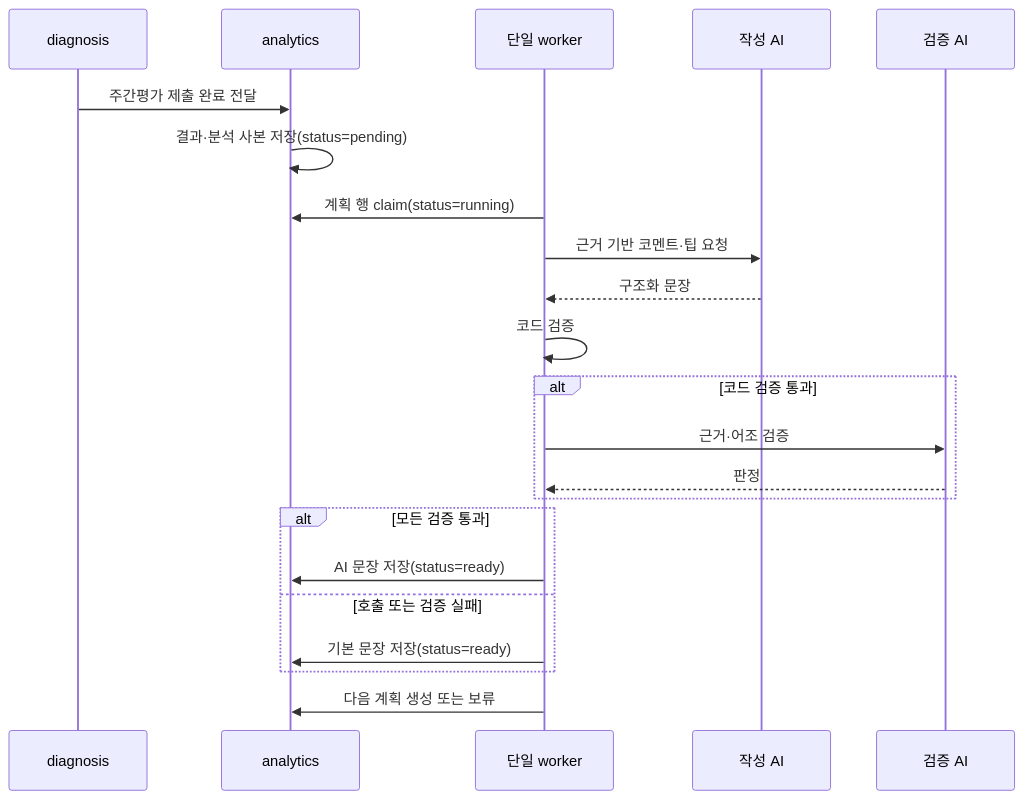
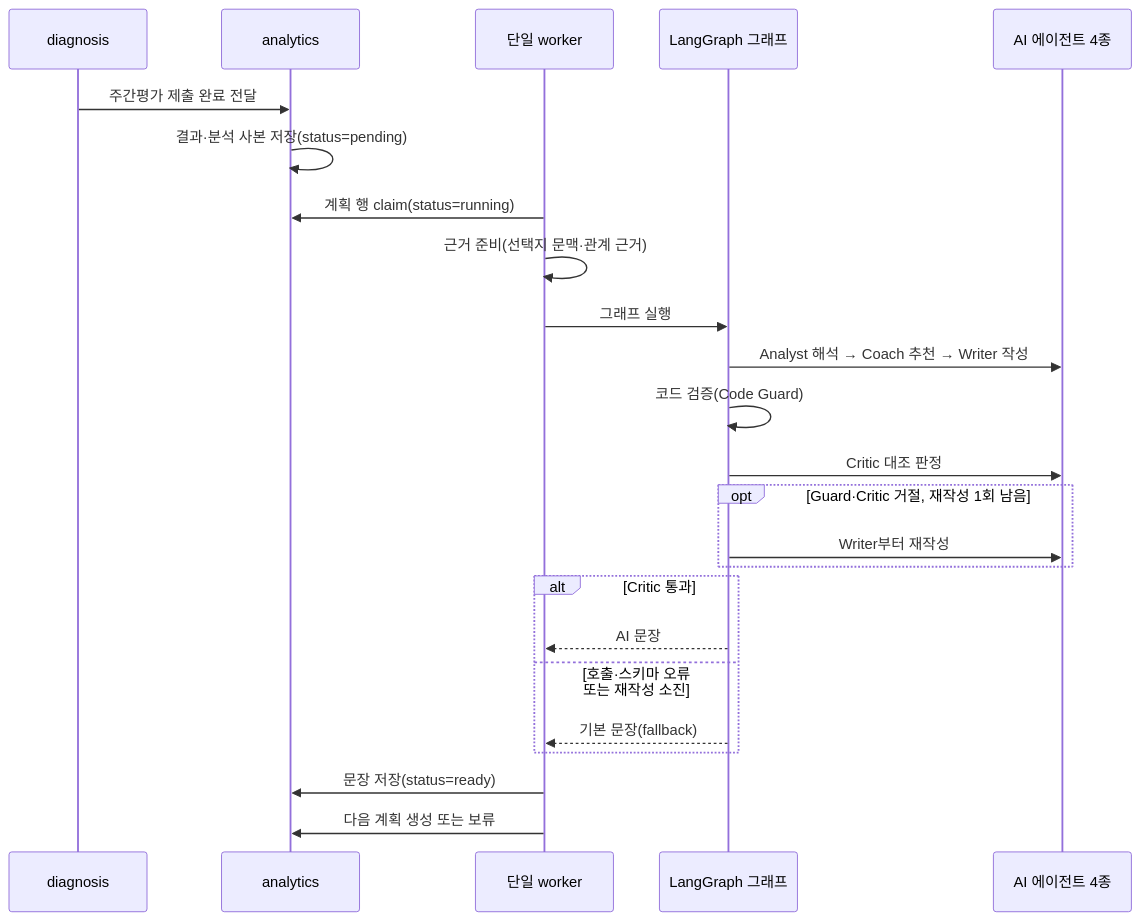
Before and after one commit to SKNETWORKS-FAMILY-AICAMP/SKN27-FINAL-2Team: the second of 2 diagrams in docs/mypage/학습계획_AI주간리포트_통합설계.md, drawn with Mermaid. The commit also changed other lines of this file and 12 other files, not shown here.

````diff
--- a/docs/mypage/학습계획_AI주간리포트_통합설계.md
+++ b/docs/mypage/학습계획_AI주간리포트_통합설계.md
@@ -172,25 +173,27 @@
 ```mermaid
 sequenceDiagram
     participant D as diagnosis
     participant A as analytics
     participant W as 단일 worker
-    participant L1 as 작성 AI
-    participant L2 as 검증 AI
+    participant G as LangGraph 그래프
+    participant L as AI 에이전트 4종
 
     D->>A: 주간평가 제출 완료 전달
     A->>A: 결과·분석 사본 저장(status=pending)
     W->>A: 계획 행 claim(status=running)
-    W->>L1: 근거 기반 코멘트·팁 요청
-    L1-->>W: 구조화 문장
-    W->>W: 코드 검증
-    alt 코드 검증 통과
-        W->>L2: 근거·어조 검증
-        L2-->>W: 판정
+    W->>W: 근거 준비(선택지 문맥·관계 근거)
+    W->>G: 그래프 실행
+    G->>L: Analyst 해석 → Coach 추천 → Writer 작성
+    G->>G: 코드 검증(Code Guard)
+    G->>L: Critic 대조 판정
+    opt Guard·Critic 거절, 재작성 1회 남음
+        G->>L: Writer부터 재작성
     end
-    alt 모든 검증 통과
-        W->>A: AI 문장 저장(status=ready)
-    else 호출 또는 검증 실패
-        W->>A: 기본 문장 저장(status=ready)
+    alt Critic 통과
+        G-->>W: AI 문장
+    else 호출·스키마 오류 또는 재작성 소진
+        G-->>W: 기본 문장(fallback)
     end
+    W->>A: 문장 저장(status=ready)
     W->>A: 다음 계획 생성 또는 보류
 ```
````
